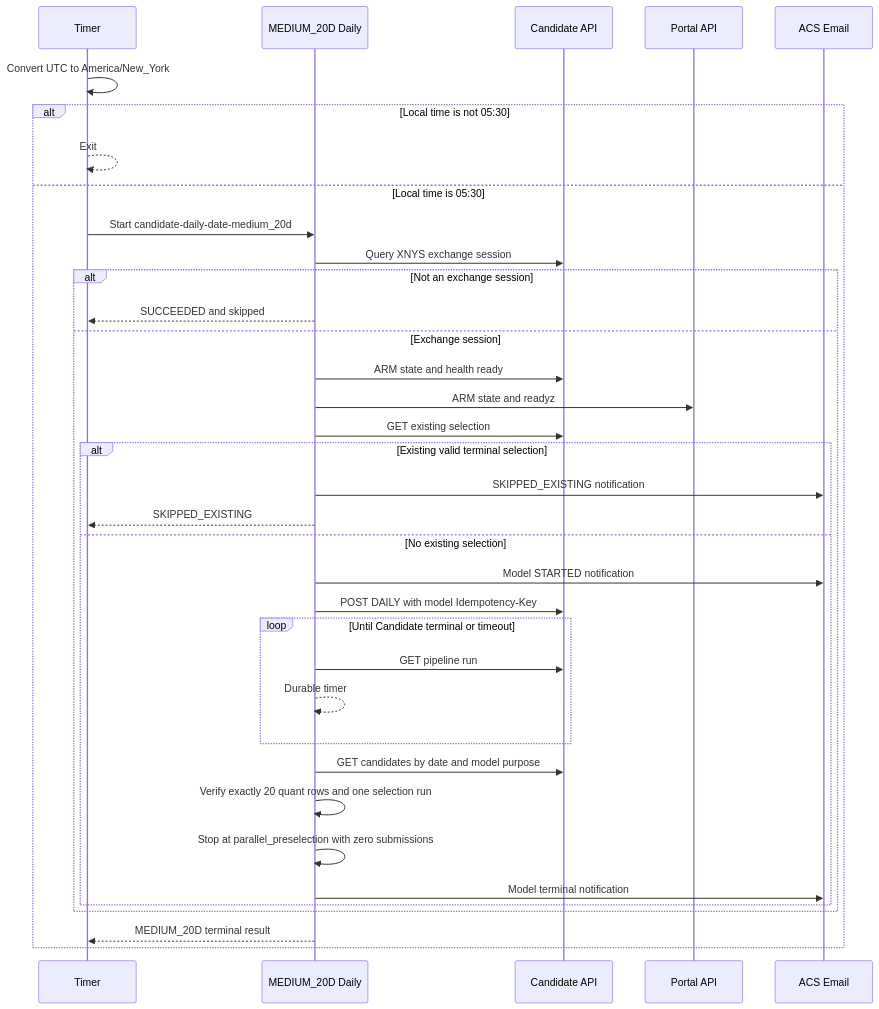
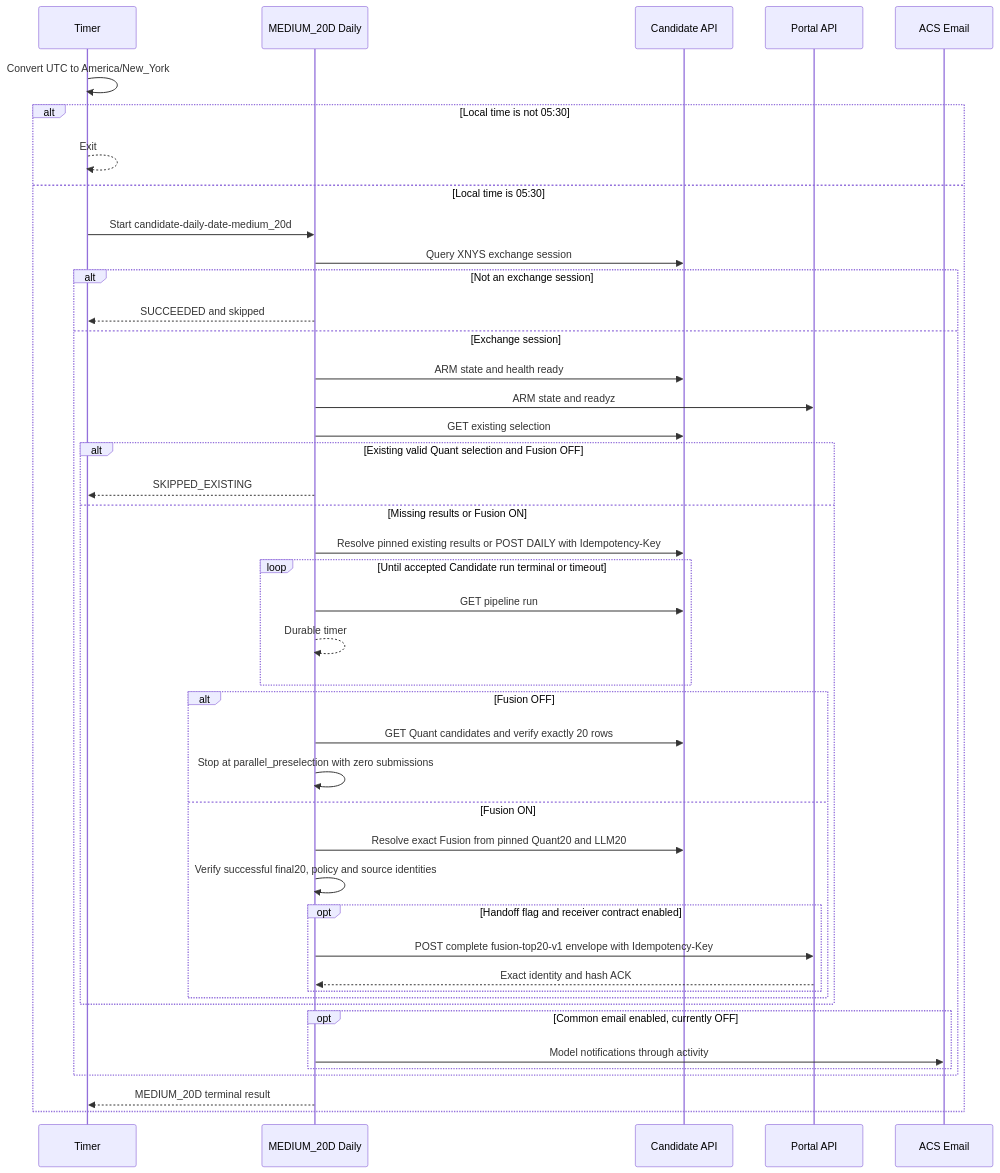
The third of 4 diagrams in .github/modernize/assessment/engines/facts/orchestrator-architecture.md (brjeong-private/sp500-candidate-engine), drawn with Mermaid before and after one commit. The commit also changed other lines of this file and 13 other files, not shown here.

Commit message:
docs: align pipeline and LLM architecture with operational state

````diff
--- a/.github/modernize/assessment/engines/facts/orchestrator-architecture.md
+++ b/.github/modernize/assessment/engines/facts/orchestrator-architecture.md
@@ -138,39 +170,47 @@
 ```mermaid
 sequenceDiagram
     participant T as Timer
     participant M as MEDIUM_20D Daily
     participant C as Candidate API
     participant P as Portal API
     participant A as ACS Email
 
     T->>T: Convert UTC to America/New_York
     alt Local time is not 05:30
         T-->>T: Exit
     else Local time is 05:30
         T->>M: Start candidate-daily-date-medium_20d
         M->>C: Query XNYS exchange session
         alt Not an exchange session
             M-->>T: SUCCEEDED and skipped
         else Exchange session
             M->>C: ARM state and health ready
             M->>P: ARM state and readyz
             M->>C: GET existing selection
-            alt Existing valid terminal selection
-                M->>A: SKIPPED_EXISTING notification
+            alt Existing valid Quant selection and Fusion OFF
                 M-->>T: SKIPPED_EXISTING
-            else No existing selection
-                M->>A: Model STARTED notification
-                M->>C: POST DAILY with model Idempotency-Key
-            loop Until Candidate terminal or timeout
+            else Missing results or Fusion ON
+                M->>C: Resolve pinned existing results or POST DAILY with Idempotency-Key
+                loop Until accepted Candidate run terminal or timeout
                     M->>C: GET pipeline run
                     M-->>M: Durable timer
+                end
+                alt Fusion OFF
+                    M->>C: GET Quant candidates and verify exactly 20 rows
+                    M->>M: Stop at parallel_preselection with zero submissions
+                else Fusion ON
+                    M->>C: Resolve exact Fusion from pinned Quant20 and LLM20
+                    M->>M: Verify successful final20, policy and source identities
+                    opt Handoff flag and receiver contract enabled
+                        M->>P: POST complete fusion-top20-v1 envelope with Idempotency-Key
+                        P-->>M: Exact identity and hash ACK
+                    end
+                end
             end
-                M->>C: GET candidates by date and model purpose
-                M->>M: Verify exactly 20 quant rows and one selection run
-                M->>M: Stop at parallel_preselection with zero submissions
-                M->>A: Model terminal notification
+            opt Common email enabled, currently OFF
+                M->>A: Model notifications through activity
             end
         end
         M-->>T: MEDIUM_20D terminal result
     end
 ```
````
